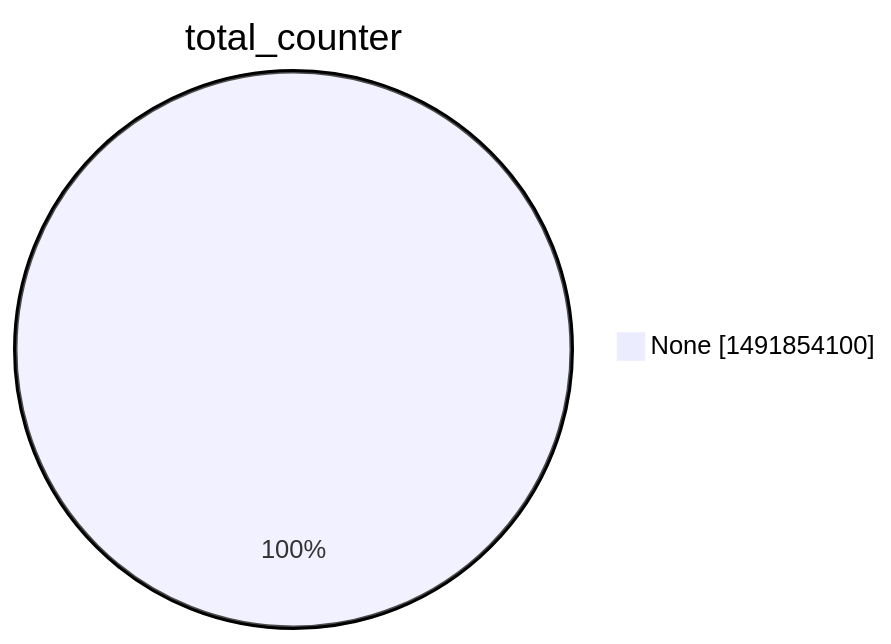
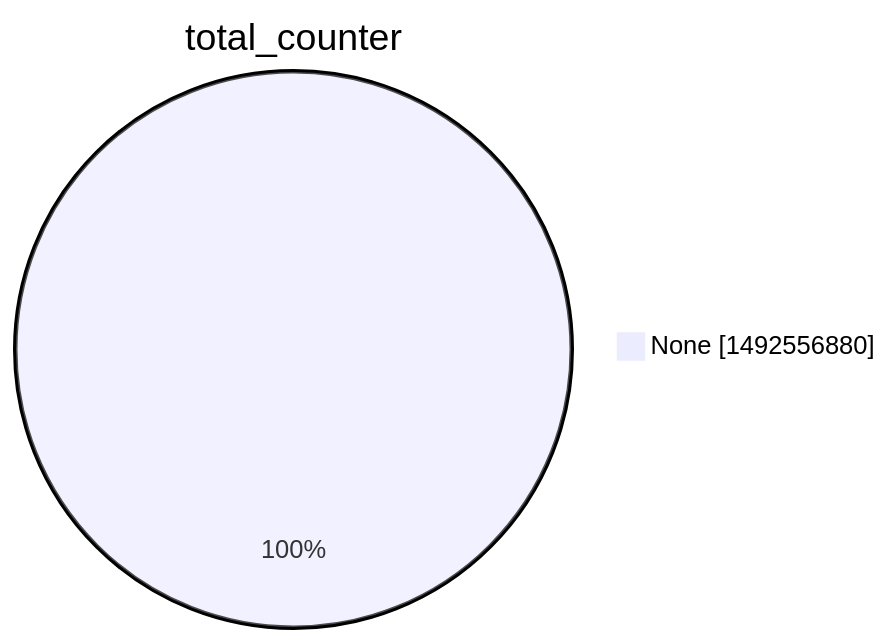
Before and after one commit to christiankrug/ctmonitor_visualization: the second of 15 diagrams in argon2022/README.md, drawn with Mermaid. The commit also changed other lines of this file, not shown here.

````diff
--- a/argon2022/README.md
+++ b/argon2022/README.md
@@ -9,5 +9,5 @@
 ```mermaid
 pie showData
 title total_counter
-"None" :1491854100
+"None" :1492556880
 ```
````
